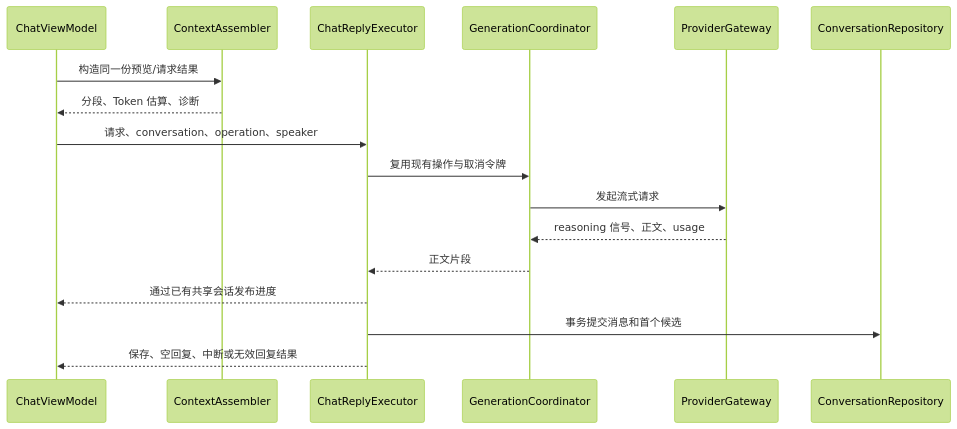
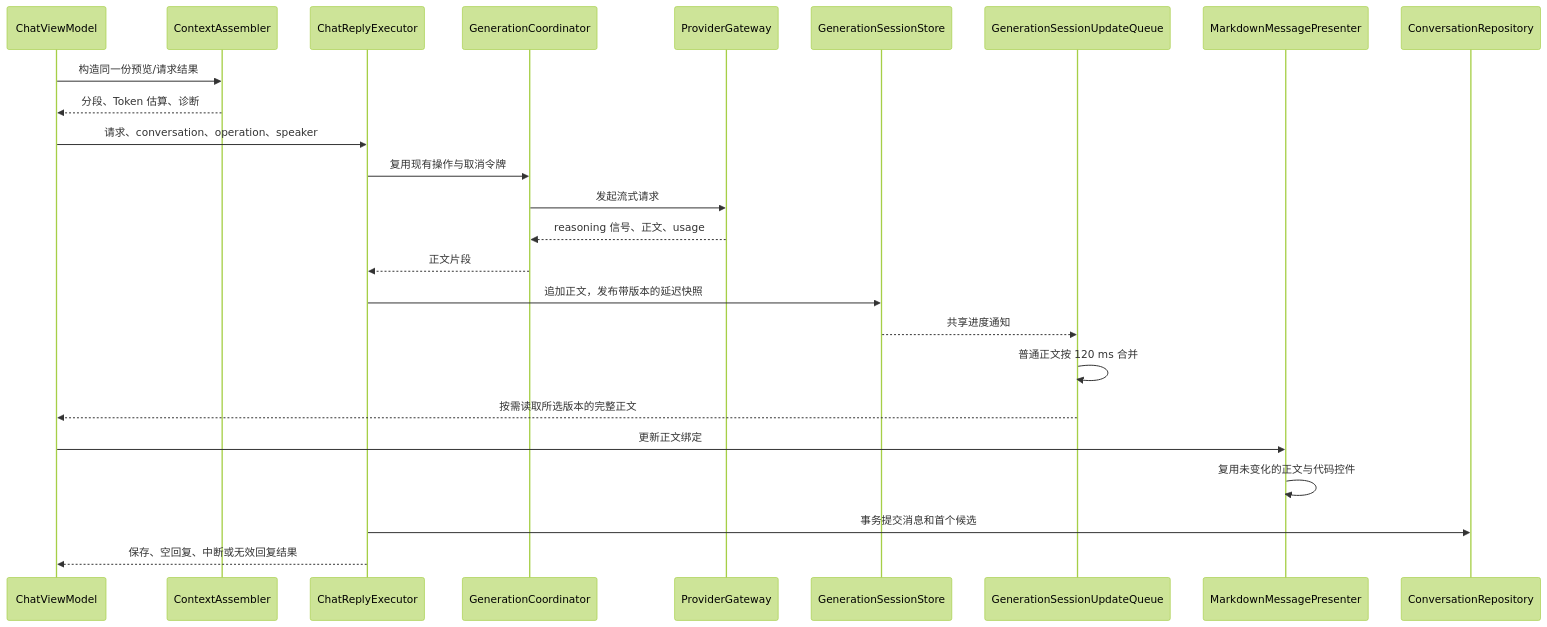
The second of 2 diagrams in docs/architecture.md (linnnn89/New-tavern), drawn with Mermaid (forest theme) before and after one commit. The commit also changed other lines of this file and 12 other files, not shown here.

````diff
--- a/docs/architecture.md
+++ b/docs/architecture.md
@@ -101,20 +103,28 @@
 ```mermaid
 sequenceDiagram
     participant UI as ChatViewModel
     participant Context as ContextAssembler
     participant Reply as ChatReplyExecutor
     participant Coordinator as GenerationCoordinator
     participant Provider as ProviderGateway
+    participant Sessions as GenerationSessionStore
+    participant Queue as GenerationSessionUpdateQueue
+    participant Renderer as MarkdownMessagePresenter
     participant Store as ConversationRepository
 
     UI->>Context: 构造同一份预览/请求结果
     Context-->>UI: 分段、Token 估算、诊断
     UI->>Reply: 请求、conversation、operation、speaker
     Reply->>Coordinator: 复用现有操作与取消令牌
     Coordinator->>Provider: 发起流式请求
     Provider-->>Coordinator: reasoning 信号、正文、usage
     Coordinator-->>Reply: 正文片段
-    Reply-->>UI: 通过已有共享会话发布进度
+    Reply->>Sessions: 追加正文，发布带版本的延迟快照
+    Sessions-->>Queue: 共享进度通知
+    Queue->>Queue: 普通正文按 120 ms 合并
+    Queue-->>UI: 按需读取所选版本的完整正文
+    UI->>Renderer: 更新正文绑定
+    Renderer->>Renderer: 复用未变化的正文与代码控件
     Reply->>Store: 事务提交消息和首个候选
     Reply-->>UI: 保存、空回复、中断或无效回复结果
 ```
````
